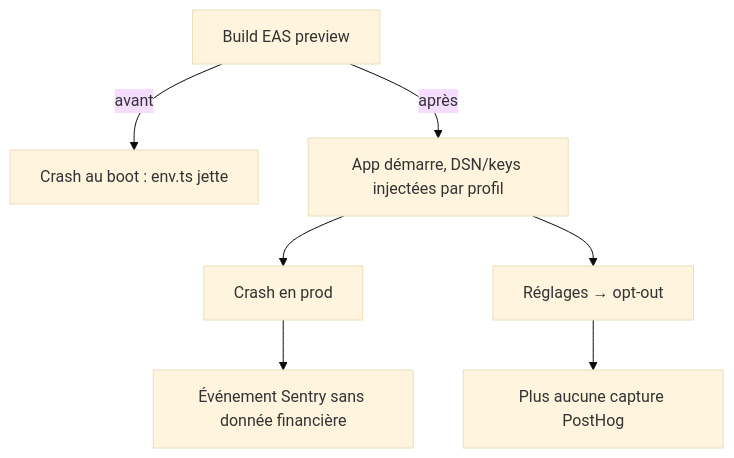
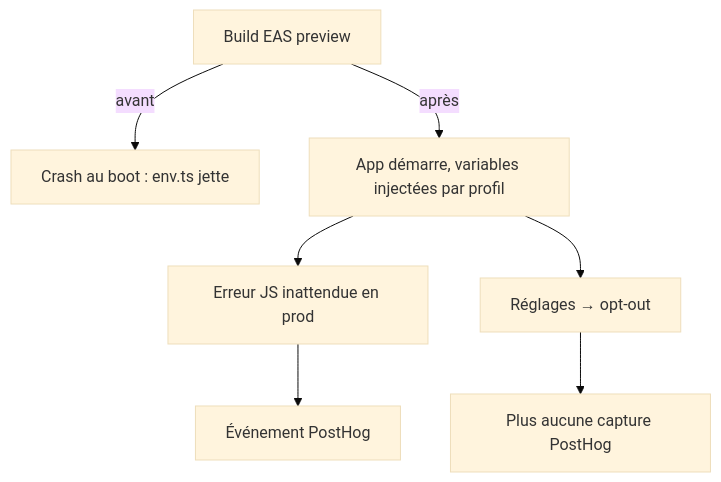
One commit to neogenz/pulpe changed the diagram in aidd_docs/tasks/2026_08/2026_08_14_android-hardening/phase-5.md. Above: the diagram before and after it, drawn with Mermaid (base theme). The commit also changed other lines of this file and 22 other files, not shown here.

Commit message:
feat(android): replace Sentry with PostHog error tracking

````diff
--- a/aidd_docs/tasks/2026_08/2026_08_14_android-hardening/phase-5.md
+++ b/aidd_docs/tasks/2026_08/2026_08_14_android-hardening/phase-5.md
@@ -25,7 +23,7 @@
 ```mermaid
 flowchart TD
   A[Build EAS preview] -->|avant| B[Crash au boot : env.ts jette]
-  A -->|après| C[App démarre, DSN/keys injectées par profil]
-  C --> D[Crash en prod] --> E[Événement Sentry sans donnée financière]
+  A -->|après| C[App démarre, variables injectées par profil]
+  C --> D[Erreur JS inattendue en prod] --> E[Événement PostHog]
   C --> F[Réglages → opt-out] --> G[Plus aucune capture PostHog]
 ```
````
